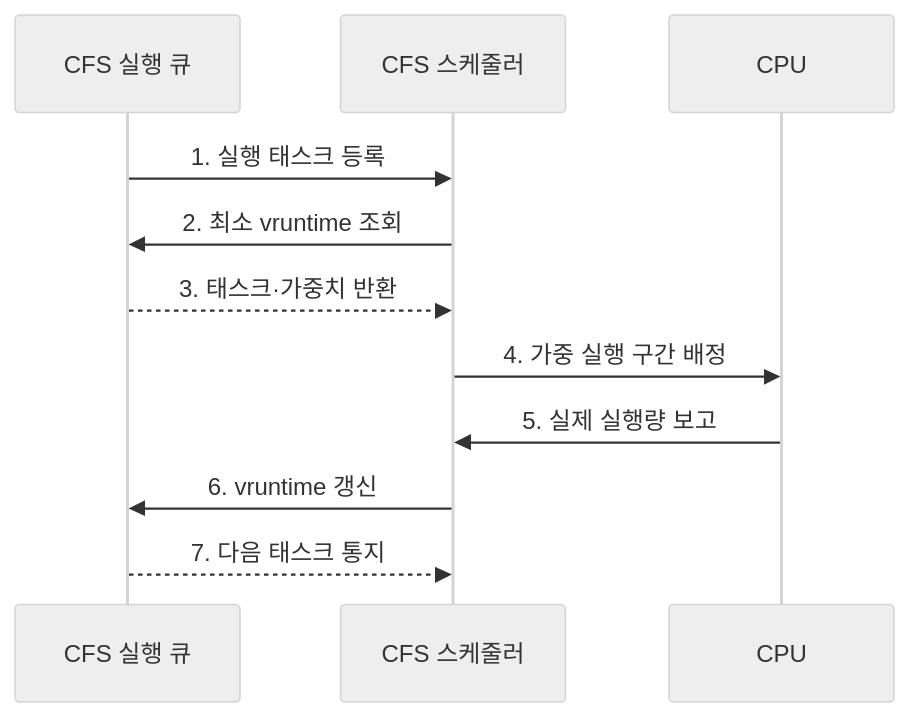
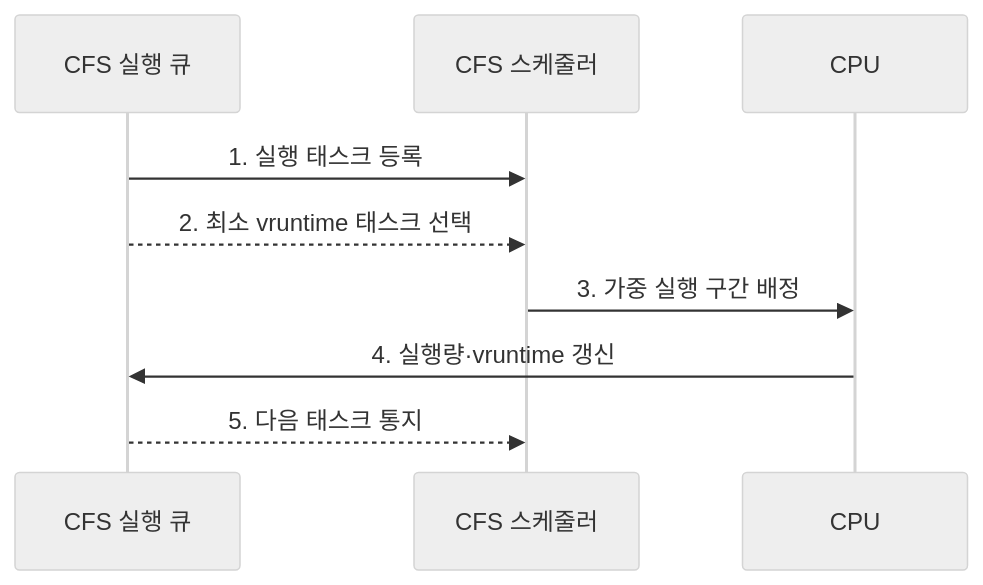
Before and after one commit to agnusdei1207/knowledge-base: the second of 2 diagrams in src/content/docs/notes/03-software/006_cfs.md, drawn with Mermaid (neutral theme). The commit also changed other lines of this file and 238 other files, not shown here.

````diff
--- a/src/content/docs/notes/03-software/006_cfs.md
+++ b/src/content/docs/notes/03-software/006_cfs.md
@@ -99,13 +99,11 @@
 ```mermaid
 sequenceDiagram
     participant Q as CFS 실행 큐
     participant S as CFS 스케줄러
     participant C as CPU
     Q->>S: 1. 실행 태스크 등록
-    S->>Q: 2. 최소 vruntime 조회
-    Q-->>S: 3. 태스크·가중치 반환
-    S->>C: 4. 가중 실행 구간 배정
-    C->>S: 5. 실제 실행량 보고
-    S->>Q: 6. vruntime 갱신
-    Q-->>S: 7. 다음 태스크 통지
+    Q-->>S: 2. 최소 vruntime 태스크 선택
+    S->>C: 3. 가중 실행 구간 배정
+    C->>Q: 4. 실행량·vruntime 갱신
+    Q-->>S: 5. 다음 태스크 통지
 ```
````
